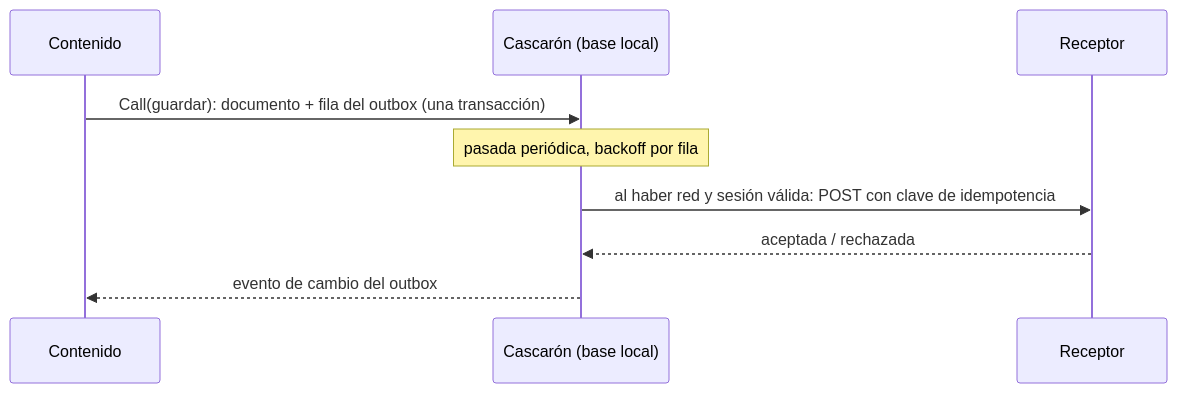
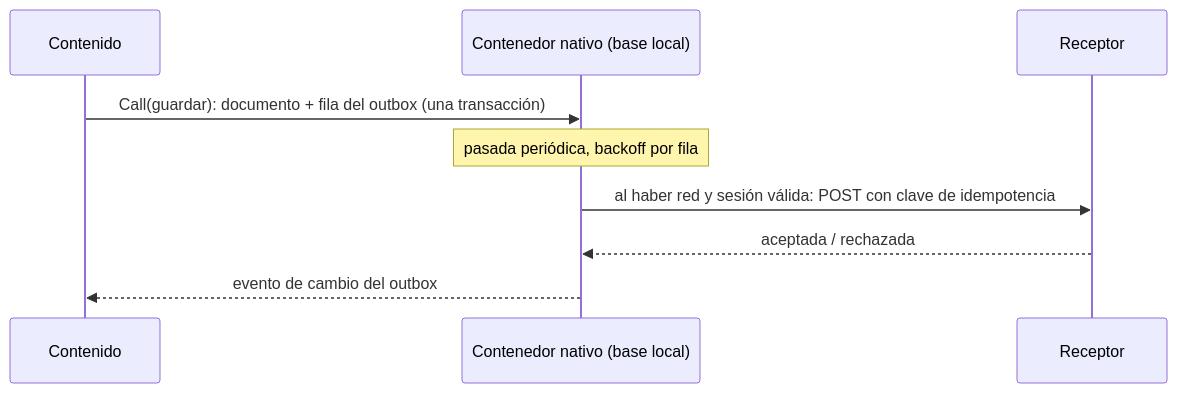
Before and after one commit to hdcm-dev/Lab-Documentos: the third of 3 diagrams in Concepts/Framework-Concept/Conocimientos/Knowledge-App-Hibrida-OTA-Offline-First.md, drawn with Mermaid. The commit also changed other lines of this file and 10 other files, not shown here.

First line of the commit message:
Framework-Concept: «cascarón» → «contenedor nativo» (ADR-0001) y pauta Apple 4.7.2

````diff
--- a/Concepts/Framework-Concept/Conocimientos/Knowledge-App-Hibrida-OTA-Offline-First.md
+++ b/Concepts/Framework-Concept/Conocimientos/Knowledge-App-Hibrida-OTA-Offline-First.md
@@ -226,11 +226,11 @@
 ```mermaid
 sequenceDiagram
   participant C as Contenido
-  participant S as Cascarón (base local)
+  participant S as Contenedor nativo (base local)
   participant R as Receptor
   C->>S: Call(guardar): documento + fila del outbox (una transacción)
   Note over S: pasada periódica, backoff por fila
   S->>R: al haber red y sesión válida: POST con clave de idempotencia
   R-->>S: aceptada / rechazada
   S-->>C: evento de cambio del outbox
 ```
````
